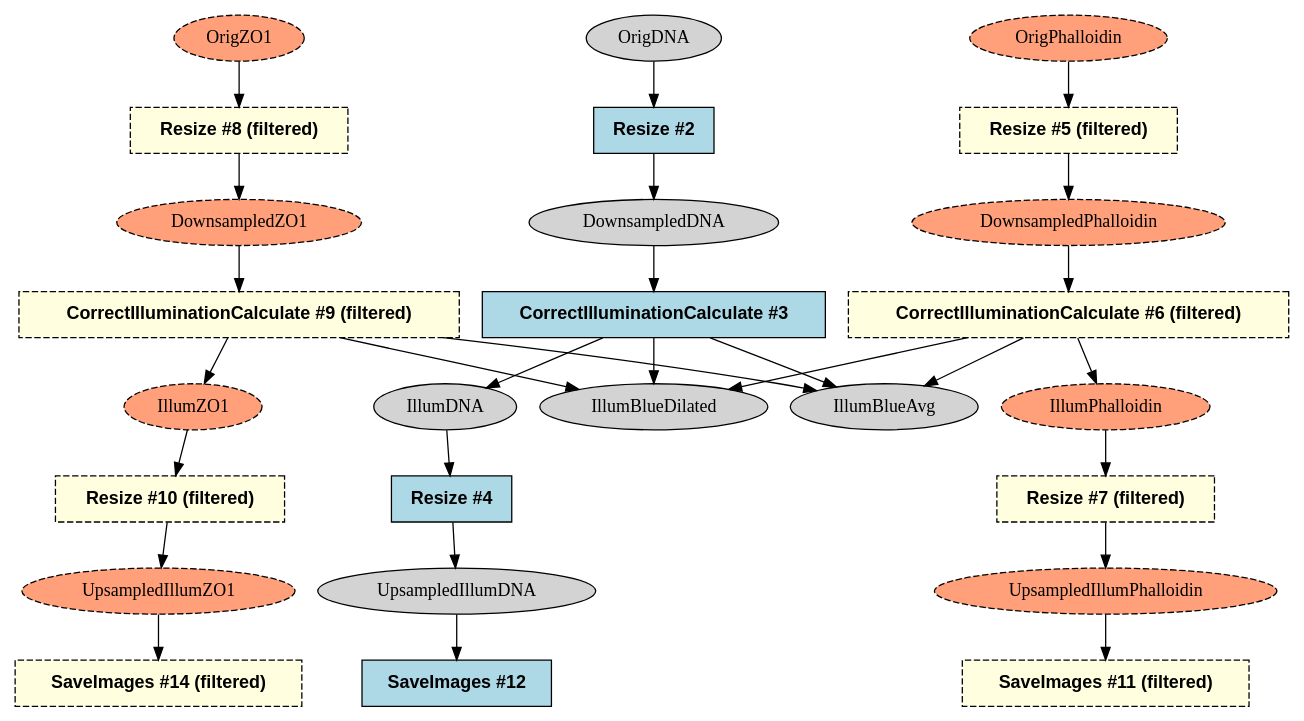
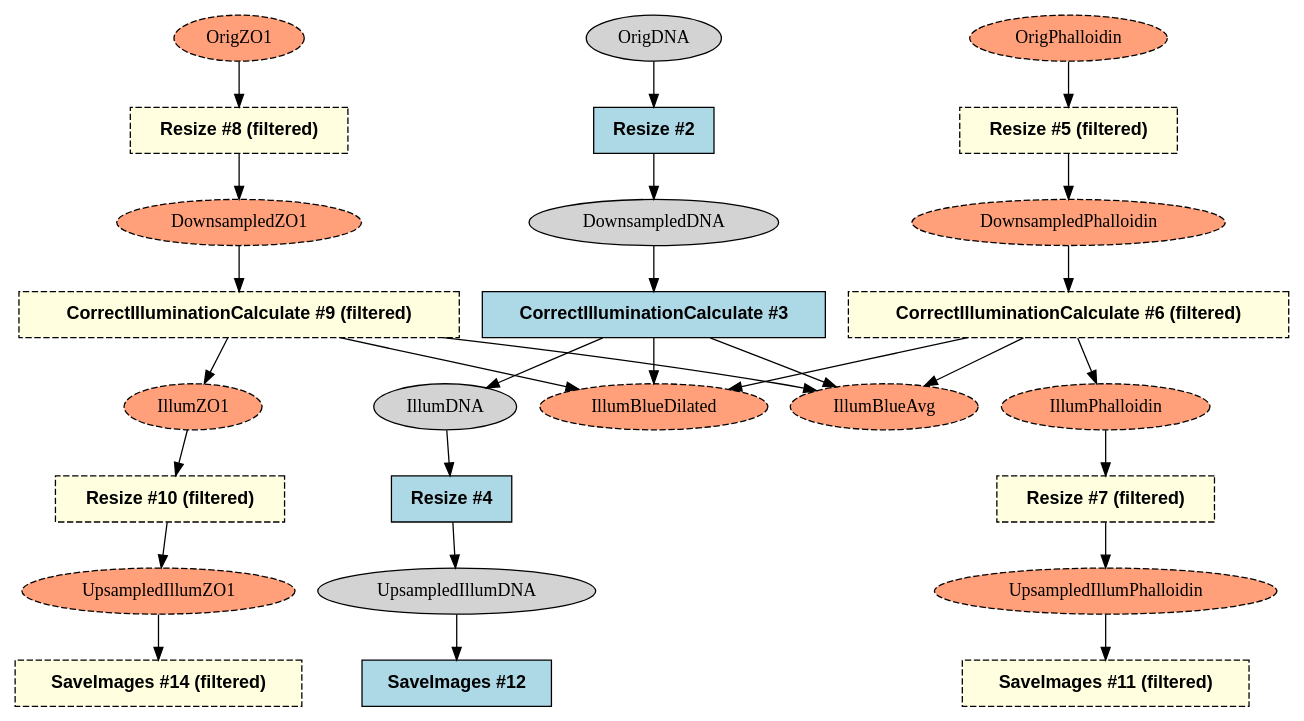
Before and after one commit to shntnu/cp_graph: the diagram in examples/output/illum_highlight.dot, drawn with Graphviz. The commit also changed 2 other files, not shown here.

Commit message:
filtered graph

```diff
--- a/examples/output/illum_highlight.dot
+++ b/examples/output/illum_highlight.dot
@@ -1,55 +1,55 @@
 strict digraph {
 CorrectIlluminationCalculate_2ab137a7 [type=module, label="CorrectIlluminationCalculate #6 (filtered)", module_name=CorrectIlluminationCalculate, module_num=6, original_num=6, stable_id="CorrectIlluminationCalculate_2ab137a7", enabled=True, filtered=True, shape=box, style="filled,dashed", fontname="Helvetica-Bold", fillcolor=lightyellow];
 CorrectIlluminationCalculate_cd0871b [type=module, label="CorrectIlluminationCalculate #9 (filtered)", module_name=CorrectIlluminationCalculate, module_num=9, original_num=9, stable_id="CorrectIlluminationCalculate_cd0871b", enabled=True, filtered=True, shape=box, style="filled,dashed", fontname="Helvetica-Bold", fillcolor=lightyellow];
 CorrectIlluminationCalculate_e3750f2a [type=module, label="CorrectIlluminationCalculate #3", module_name=CorrectIlluminationCalculate, module_num=3, original_num=3, stable_id="CorrectIlluminationCalculate_e3750f2a", enabled=True, shape=box, style=filled, fontname="Helvetica-Bold", fillcolor=lightblue];
 Resize_32606b38 [type=module, label="Resize #2", module_name=Resize, module_num=2, original_num=2, stable_id="Resize_32606b38", enabled=True, shape=box, style=filled, fontname="Helvetica-Bold", fillcolor=lightblue];
 Resize_6f9ec43f [type=module, label="Resize #10 (filtered)", module_name=Resize, module_num=10, original_num=10, stable_id="Resize_6f9ec43f", enabled=True, filtered=True, shape=box, style="filled,dashed", fontname="Helvetica-Bold", fillcolor=lightyellow];
 Resize_9779805 [type=module, label="Resize #5 (filtered)", module_name=Resize, module_num=5, original_num=5, stable_id="Resize_9779805", enabled=True, filtered=True, shape=box, style="filled,dashed", fontname="Helvetica-Bold", fillcolor=lightyellow];
 Resize_a3b11500 [type=module, label="Resize #4", module_name=Resize, module_num=4, original_num=4, stable_id="Resize_a3b11500", enabled=True, shape=box, style=filled, fontname="Helvetica-Bold", fillcolor=lightblue];
 Resize_b00c8387 [type=module, label="Resize #8 (filtered)", module_name=Resize, module_num=8, original_num=8, stable_id="Resize_b00c8387", enabled=True, filtered=True, shape=box, style="filled,dashed", fontname="Helvetica-Bold", fillcolor=lightyellow];
 Resize_fd94763b [type=module, label="Resize #7 (filtered)", module_name=Resize, module_num=7, original_num=7, stable_id="Resize_fd94763b", enabled=True, filtered=True, shape=box, style="filled,dashed", fontname="Helvetica-Bold", fillcolor=lightyellow];
 SaveImages_392621f0 [type=module, label="SaveImages #11 (filtered)", module_name=SaveImages, module_num=11, original_num=11, stable_id="SaveImages_392621f0", enabled=True, filtered=True, shape=box, style="filled,dashed", fontname="Helvetica-Bold", fillcolor=lightyellow];
 SaveImages_46180921 [type=module, label="SaveImages #14 (filtered)", module_name=SaveImages, module_num=14, original_num=14, stable_id="SaveImages_46180921", enabled=True, filtered=True, shape=box, style="filled,dashed", fontname="Helvetica-Bold", fillcolor=lightyellow];
 SaveImages_4cf7a938 [type=module, label="SaveImages #12", module_name=SaveImages, module_num=12, original_num=12, stable_id="SaveImages_4cf7a938", enabled=True, shape=box, style=filled, fontname="Helvetica-Bold", fillcolor=lightblue];
 image__DownsampledDNA [type=image, label=DownsampledDNA, shape=ellipse, style=filled, fillcolor=lightgray];
 image__DownsampledPhalloidin [type=image, label=DownsampledPhalloidin, filtered=True, shape=ellipse, style="filled,dashed", fillcolor=lightsalmon];
 image__DownsampledZO1 [type=image, label=DownsampledZO1, filtered=True, shape=ellipse, style="filled,dashed", fillcolor=lightsalmon];
-image__IllumBlueAvg [type=image, label=IllumBlueAvg, shape=ellipse, style=filled, fillcolor=lightgray];
-image__IllumBlueDilated [type=image, label=IllumBlueDilated, shape=ellipse, style=filled, fillcolor=lightgray];
+image__IllumBlueAvg [type=image, label=IllumBlueAvg, filtered=True, shape=ellipse, style="filled,dashed", fillcolor=lightsalmon];
+image__IllumBlueDilated [type=image, label=IllumBlueDilated, filtered=True, shape=ellipse, style="filled,dashed", fillcolor=lightsalmon];
 image__IllumDNA [type=image, label=IllumDNA, shape=ellipse, style=filled, fillcolor=lightgray];
 image__IllumPhalloidin [type=image, label=IllumPhalloidin, filtered=True, shape=ellipse, style="filled,dashed", fillcolor=lightsalmon];
 image__IllumZO1 [type=image, label=IllumZO1, filtered=True, shape=ellipse, style="filled,dashed", fillcolor=lightsalmon];
 image__OrigDNA [type=image, label=OrigDNA, shape=ellipse, style=filled, fillcolor=lightgray];
 image__OrigPhalloidin [type=image, label=OrigPhalloidin, filtered=True, shape=ellipse, style="filled,dashed", fillcolor=lightsalmon];
 image__OrigZO1 [type=image, label=OrigZO1, filtered=True, shape=ellipse, style="filled,dashed", fillcolor=lightsalmon];
 image__UpsampledIllumDNA [type=image, label=UpsampledIllumDNA, shape=ellipse, style=filled, fillcolor=lightgray];
 image__UpsampledIllumPhalloidin [type=image, label=UpsampledIllumPhalloidin, filtered=True, shape=ellipse, style="filled,dashed", fillcolor=lightsalmon];
 image__UpsampledIllumZO1 [type=image, label=UpsampledIllumZO1, filtered=True, shape=ellipse, style="filled,dashed", fillcolor=lightsalmon];
 CorrectIlluminationCalculate_2ab137a7 -> image__IllumBlueAvg [type="image_output"];
 CorrectIlluminationCalculate_2ab137a7 -> image__IllumBlueDilated [type="image_output"];
 CorrectIlluminationCalculate_2ab137a7 -> image__IllumPhalloidin [type="image_output"];
 CorrectIlluminationCalculate_cd0871b -> image__IllumBlueAvg [type="image_output"];
 CorrectIlluminationCalculate_cd0871b -> image__IllumBlueDilated [type="image_output"];
 CorrectIlluminationCalculate_cd0871b -> image__IllumZO1 [type="image_output"];
 CorrectIlluminationCalculate_e3750f2a -> image__IllumBlueAvg [type="image_output"];
 CorrectIlluminationCalculate_e3750f2a -> image__IllumBlueDilated [type="image_output"];
 CorrectIlluminationCalculate_e3750f2a -> image__IllumDNA [type="image_output"];
 Resize_32606b38 -> image__DownsampledDNA [type="image_output"];
 Resize_6f9ec43f -> image__UpsampledIllumZO1 [type="image_output"];
 Resize_9779805 -> image__DownsampledPhalloidin [type="image_output"];
 Resize_a3b11500 -> image__UpsampledIllumDNA [type="image_output"];
 Resize_b00c8387 -> image__DownsampledZO1 [type="image_output"];
 Resize_fd94763b -> image__UpsampledIllumPhalloidin [type="image_output"];
 image__DownsampledDNA -> CorrectIlluminationCalculate_e3750f2a [type="image_input"];
 image__DownsampledPhalloidin -> CorrectIlluminationCalculate_2ab137a7 [type="image_input"];
 image__DownsampledZO1 -> CorrectIlluminationCalculate_cd0871b [type="image_input"];
 image__IllumDNA -> Resize_a3b11500 [type="image_input"];
 image__IllumPhalloidin -> Resize_fd94763b [type="image_input"];
 image__IllumZO1 -> Resize_6f9ec43f [type="image_input"];
 image__OrigDNA -> Resize_32606b38 [type="image_input"];
 image__OrigPhalloidin -> Resize_9779805 [type="image_input"];
 image__OrigZO1 -> Resize_b00c8387 [type="image_input"];
 image__UpsampledIllumDNA -> SaveImages_4cf7a938 [type="image_input"];
 image__UpsampledIllumPhalloidin -> SaveImages_392621f0 [type="image_input"];
 image__UpsampledIllumZO1 -> SaveImages_46180921 [type="image_input"];
 }
```
